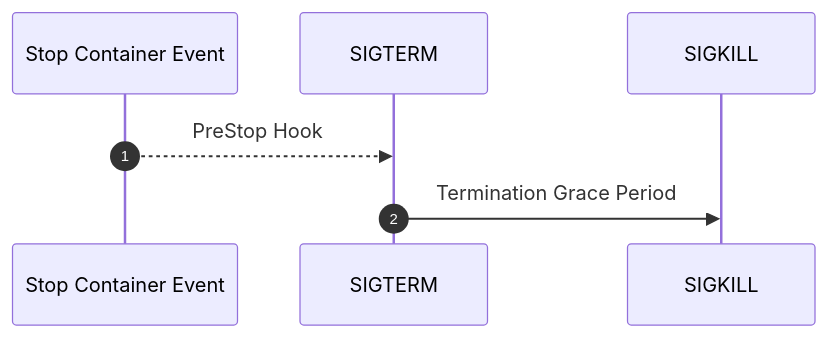
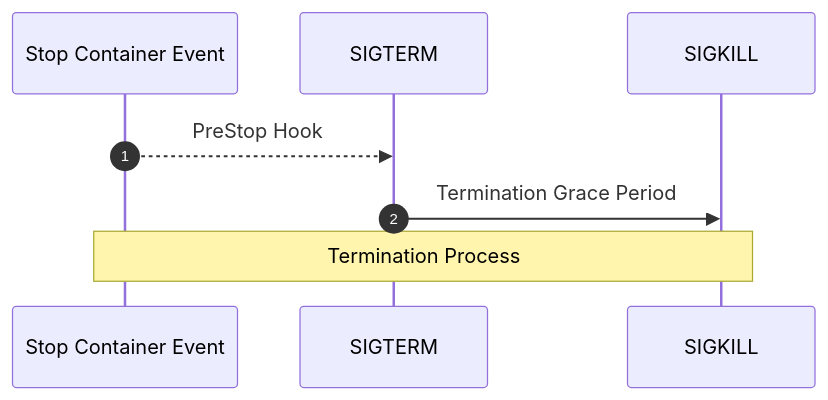
Before and after one commit to imjoseangel/sandbox: the diagram in docs/terminatingpod.md, drawn with Mermaid.

Commit message:
add termination process

````diff
--- a/docs/terminatingpod.md
+++ b/docs/terminatingpod.md
@@ -13,6 +13,7 @@
 ```mermaid
 sequenceDiagram
     autonumber
     Stop Container Event-->>SIGTERM: PreStop Hook
     SIGTERM->>SIGKILL: Termination Grace Period
+    Note over Stop Container Event,SIGKILL: Termination Process
 ```
````
